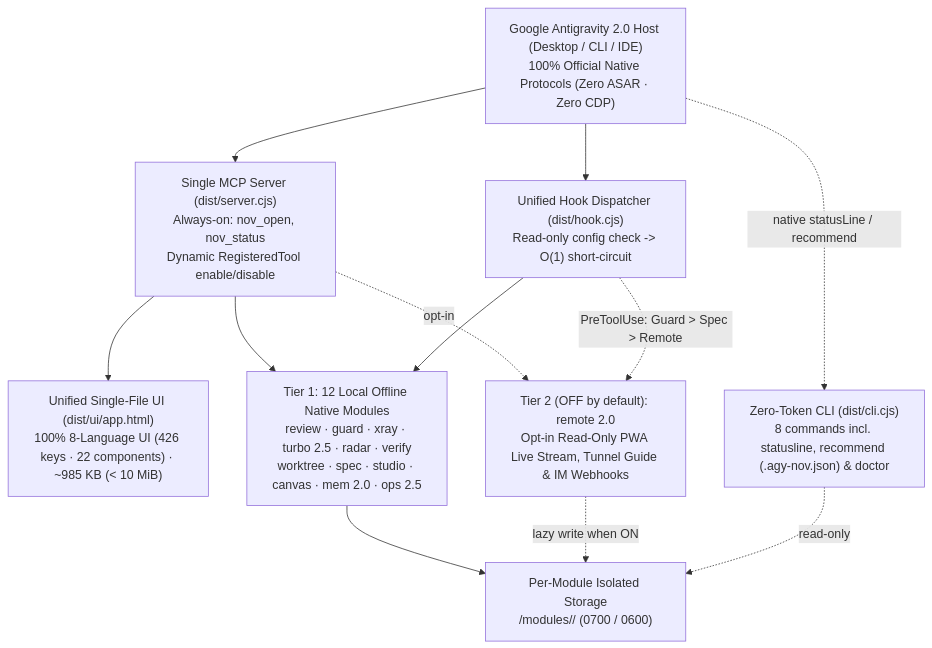
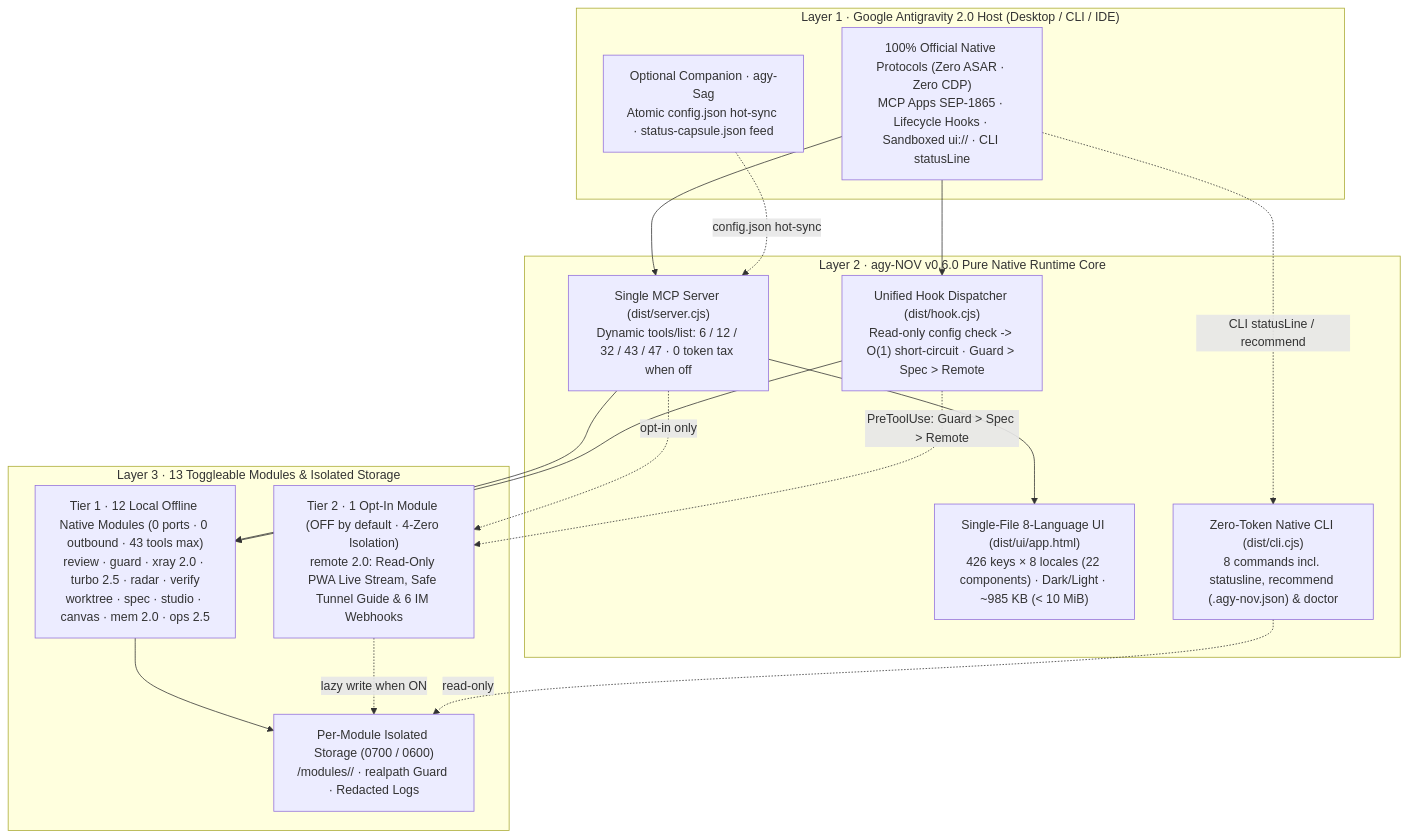
Before and after one commit to tone-leh/agy-NOV: the diagram in README.md, drawn with Mermaid. The commit also changed other lines of this file and 11 other files, not shown here.

Commit message:
docs(readme): replace stale English hero/architecture SVGs with native localized Mermaid diagrams across all 8 locales

````diff
--- a/README.md
+++ b/README.md
@@ -222,23 +205,33 @@
 ```mermaid
 flowchart TB
-  Host["Google Antigravity 2.0 Host (Desktop / CLI / IDE)\n100% Official Native Protocols (Zero ASAR · Zero CDP)"]
-  MCP["Single MCP Server (dist/server.cjs)\nAlways-on: nov_open, nov_status\nDynamic RegisteredTool enable/disable"]
-  UI["Unified Single-File UI (dist/ui/app.html)\n100% 8-Language UI (426 keys · 22 components) · ~985 KB (< 10 MiB)"]
-  Hook["Unified Hook Dispatcher (dist/hook.cjs)\nRead-only config check -> O(1) short-circuit"]
-  CLI["Zero-Token CLI (dist/cli.cjs)\n8 commands incl. statusline, recommend (.agy-nov.json) & doctor"]
-  Store["Per-Module Isolated Storage\n<dataDir>/modules/<id>/ (0700 / 0600)"]
-  T1["Tier 1: 12 Local Offline Native Modules\nreview · guard · xray · turbo 2.5 · radar · verify\nworktree · spec · studio · canvas · mem 2.0 · ops 2.5"]
-  T2R["Tier 2 (OFF by default): remote 2.0\nOpt-in Read-Only PWA Live Stream, Tunnel Guide & IM Webhooks"]
+  subgraph L1["Layer 1 · Google Antigravity 2.0 Host (Desktop / CLI / IDE)"]
+    Host["100% Official Native Protocols (Zero ASAR · Zero CDP)\nMCP Apps SEP-1865 · Lifecycle Hooks · Sandboxed ui:// · CLI statusLine"]
+    Sag["Optional Companion · agy-Sag\nAtomic config.json hot-sync · status-capsule.json feed"]
+  end
+
+  subgraph L2["Layer 2 · agy-NOV v0.6.0 Pure Native Runtime Core"]
+    MCP["Single MCP Server (dist/server.cjs)\nDynamic tools/list: 6 / 12 / 32 / 43 / 47 · 0 token tax when off"]
+    Hook["Unified Hook Dispatcher (dist/hook.cjs)\nRead-only config check -> O(1) short-circuit · Guard > Spec > Remote"]
+    UI["Single-File 8-Language UI (dist/ui/app.html)\n426 keys × 8 locales (22 components) · Dark/Light · ~985 KB (< 10 MiB)"]
+    CLI["Zero-Token Native CLI (dist/cli.cjs)\n8 commands incl. statusline, recommend (.agy-nov.json) & doctor"]
+  end
+
+  subgraph L3["Layer 3 · 13 Toggleable Modules & Isolated Storage"]
+    T1["Tier 1 · 12 Local Offline Native Modules (0 ports · 0 outbound · 43 tools max)\nreview · guard · xray 2.0 · turbo 2.5 · radar · verify\nworktree · spec · studio · canvas · mem 2.0 · ops 2.5"]
+    T2R["Tier 2 · 1 Opt-In Module (OFF by default · 4-Zero Isolation)\nremote 2.0: Read-Only PWA Live Stream, Safe Tunnel Guide & 6 IM Webhooks"]
+    Store["Per-Module Isolated Storage (0700 / 0600)\n<dataDir>/modules/<id>/ · realpath Guard · Redacted Logs"]
+  end
 
   Host --> MCP
   Host --> Hook
-  Host -. "native statusLine / recommend" .-> CLI
+  Host -. "CLI statusLine / recommend" .-> CLI
+  Sag -. "config.json hot-sync" .-> MCP
   MCP --> UI
   MCP --> T1
-  MCP -. "opt-in" .-> T2R
+  MCP -. "opt-in only" .-> T2R
   Hook --> T1
   Hook -. "PreToolUse: Guard > Spec > Remote" .-> T2R
   T1 --> Store
   T2R -. "lazy write when ON" .-> Store
   CLI -. "read-only" .-> Store
 ```
````
